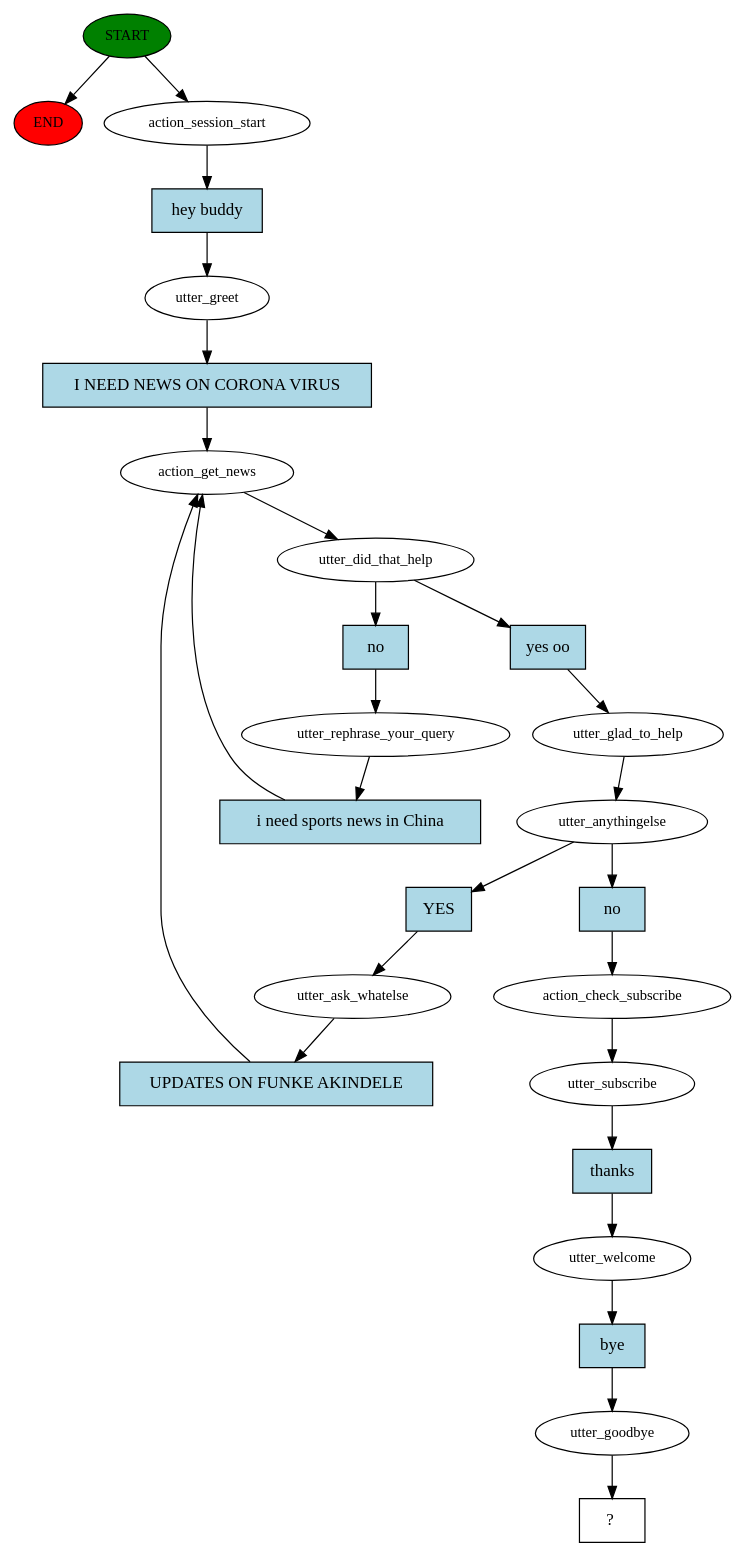
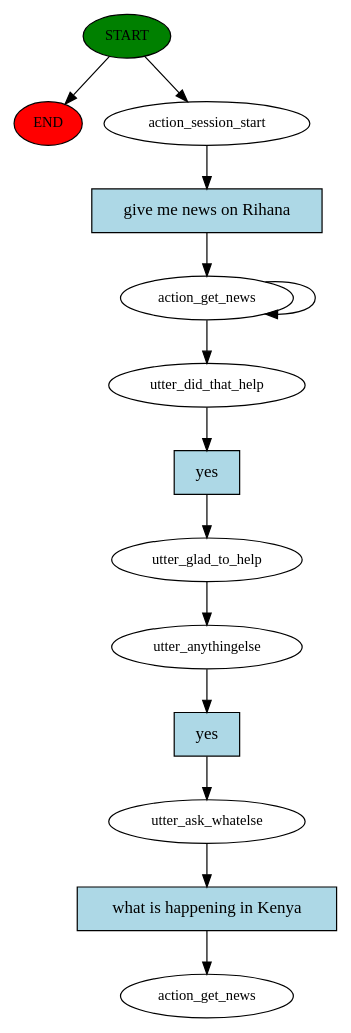
One commit to AyodejiIbimilua/jamisi-bot changed the diagram in story_graph.dot. Above: the diagram before and after it, drawn with Graphviz. The commit also changed 2 other files, not shown here.

```diff
--- a/story_graph.dot
+++ b/story_graph.dot
@@ -1,53 +1,28 @@
 digraph  {
 0 [class="start active", fillcolor=green, fontsize=12, label=START, style=filled];
 "-1" [class=end, fillcolor=red, fontsize=12, label=END, style=filled];
 1 [class=active, fontsize=12, label=action_session_start];
-2 [class=active, fontsize=12, label=utter_greet];
-3 [class=active, fontsize=12, label=action_get_news];
+2 [class=active, fontsize=12, label=action_get_news];
 4 [class=active, fontsize=12, label=utter_did_that_help];
 5 [class=active, fontsize=12, label=utter_glad_to_help];
 6 [class=active, fontsize=12, label=utter_anythingelse];
 7 [class=active, fontsize=12, label=utter_ask_whatelse];
-10 [class=active, fontsize=12, label=utter_rephrase_your_query];
-15 [class=active, fontsize=12, label=action_check_subscribe];
-16 [class=active, fontsize=12, label=utter_subscribe];
-17 [class=active, fontsize=12, label=utter_welcome];
-18 [class=active, fontsize=12, label=utter_goodbye];
-19 [class="intent dashed active", label="  ?  ", shape=rect];
-20 [class="intent active", fillcolor=lightblue, label="hey buddy", shape=rect, style=filled];
-21 [class="intent active", fillcolor=lightblue, label="I NEED NEWS ON CORONA VIRUS", shape=rect, style=filled];
-22 [class="intent active", fillcolor=lightblue, label="yes oo", shape=rect, style=filled];
-23 [class="intent active", fillcolor=lightblue, label=no, shape=rect, style=filled];
-24 [class="intent active", fillcolor=lightblue, label=YES, shape=rect, style=filled];
-25 [class="intent active", fillcolor=lightblue, label=no, shape=rect, style=filled];
-26 [class="intent active", fillcolor=lightblue, label="UPDATES ON FUNKE AKINDELE", shape=rect, style=filled];
-27 [class="intent active", fillcolor=lightblue, label="i need sports news in China", shape=rect, style=filled];
-28 [class="intent active", fillcolor=lightblue, label=thanks, shape=rect, style=filled];
-29 [class="intent active", fillcolor=lightblue, label=bye, shape=rect, style=filled];
+8 [class="dashed active", fontsize=12, label=action_get_news];
+9 [class="intent active", fillcolor=lightblue, label="give me news on Rihana", shape=rect, style=filled];
+10 [class="intent active", fillcolor=lightblue, label=yes, shape=rect, style=filled];
+11 [class="intent active", fillcolor=lightblue, label=yes, shape=rect, style=filled];
+12 [class="intent active", fillcolor=lightblue, label="what is happening in Kenya", shape=rect, style=filled];
 0 -> "-1"  [class="", key=NONE, label=""];
 0 -> 1  [class=active, key=NONE, label=""];
-1 -> 20  [class=active, key=0];
-2 -> 21  [class=active, key=0];
-3 -> 4  [class=active, key=NONE, label=""];
-4 -> 22  [class=active, key=0];
-4 -> 23  [class=active, key=0];
+1 -> 9  [class=active, key=0];
+2 -> 4  [class=active, key=NONE, label=""];
+2 -> 2  [class=active, key=NONE, label=""];
+4 -> 10  [class=active, key=0];
 5 -> 6  [class=active, key=NONE, label=""];
-6 -> 24  [class=active, key=0];
-6 -> 25  [class=active, key=0];
-7 -> 26  [class=active, key=0];
-10 -> 27  [class=active, key=0];
-15 -> 16  [class=active, key=NONE, label=""];
-16 -> 28  [class=active, key=0];
-17 -> 29  [class=active, key=0];
-18 -> 19  [class=active, key=NONE, label=""];
-20 -> 2  [class=active, key=0];
-21 -> 3  [class=active, key=0];
-22 -> 5  [class=active, key=0];
-23 -> 10  [class=active, key=0];
-24 -> 7  [class=active, key=0];
-25 -> 15  [class=active, key=0];
-26 -> 3  [class=active, key=0];
-27 -> 3  [class=active, key=0];
-28 -> 17  [class=active, key=0];
-29 -> 18  [class=active, key=0];
+6 -> 11  [class=active, key=0];
+7 -> 12  [class=active, key=0];
+9 -> 2  [class=active, key=0];
+10 -> 5  [class=active, key=0];
+11 -> 7  [class=active, key=0];
+12 -> 8  [class=active, key=0];
 }
```
